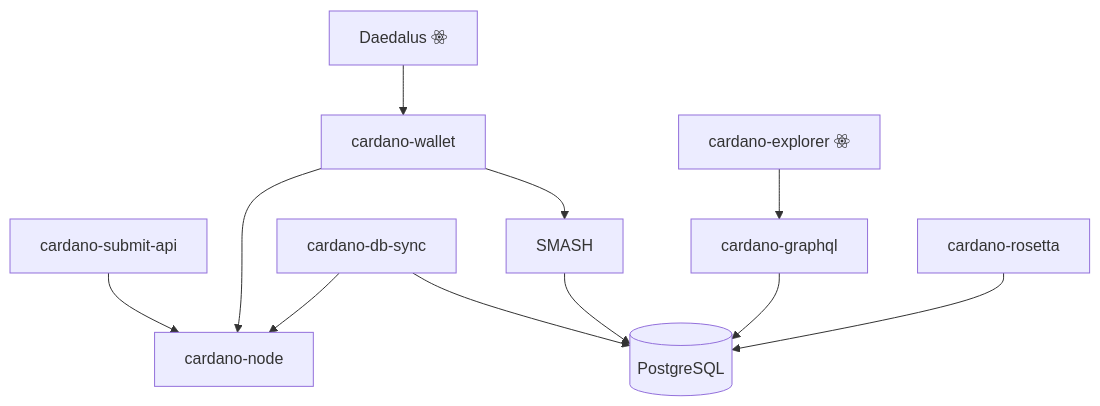
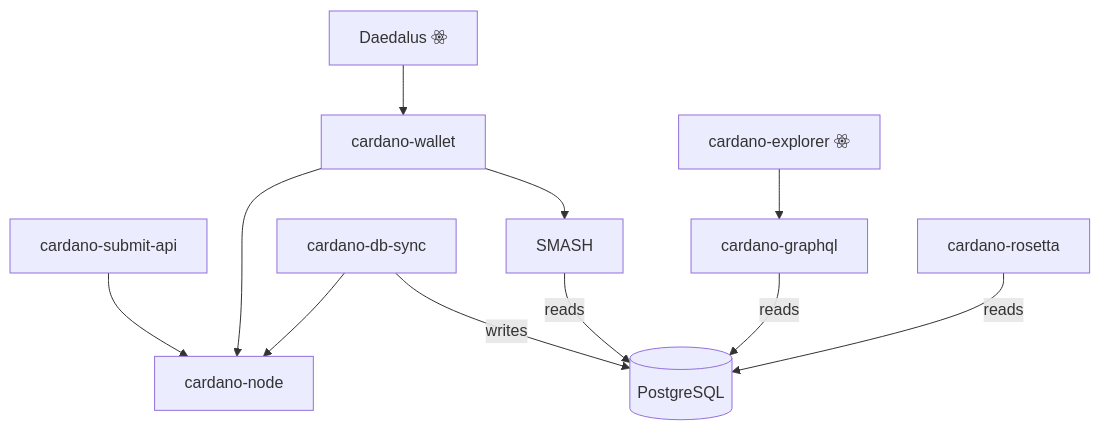
One commit to input-output-hk/adrestia changed the first of 3 diagrams in docs/code/Adrestia-Architecture.md. Above: the diagram before and after it, drawn with Mermaid. The commit also changed other lines of this file, not shown here.

Commit message:
docs: Clarify some arrows in architecture diagram

````diff
--- a/docs/code/Adrestia-Architecture.md
+++ b/docs/code/Adrestia-Architecture.md
@@ -38,32 +38,32 @@
 ```mermaid {#deps-diagram}
 flowchart TB;
   cardano-submit-api --> cardano-node;
   cardano-wallet     --> cardano-node;
   cardano-db-sync    --> cardano-node;
 
-  cardano-db-sync --> PostgreSQL[(PostgreSQL)];
-  SMASH --> PostgreSQL;
-  cardano-graphql --> PostgreSQL;
-  cardano-rosetta --> PostgreSQL;
+  cardano-db-sync-- writes --> PostgreSQL[(PostgreSQL)];
+  SMASH-- reads --> PostgreSQL;
+  cardano-graphql-- reads --> PostgreSQL;
+  cardano-rosetta-- reads --> PostgreSQL;
 
   cardano-explorer[cardano-explorer fab:fa-react] --> cardano-graphql;
 
   cardano-wallet --> SMASH;
   daedalus[Daedalus fab:fa-react] --> cardano-wallet;
   
   click cardano-submit-api mermaidClick;
   click cardano-wallet mermaidClick;
   click cardano-db-sync mermaidClick;
   click SMASH mermaidClick;
   click cardano-graphql mermaidClick;
   click cardano-rosetta mermaidClick;
   click cardano-explorer mermaidClick;
   click PostgreSQL href "https://postgresql.org";
   click daedalus href "https://github.com/input-output-hk/daedalus";
 
   %% Styles for these classes are in static/adrestia.css.
   class cardano-wallet,cardano-explorer,cardano-graphql,cardano-rosetta adrestia;
   class cardano-node,cardano-submit-api,cardano-db-sync,SMASH cardano;
   class daedalus daedalus;
   class PostgreSQL other;
 ```
````
